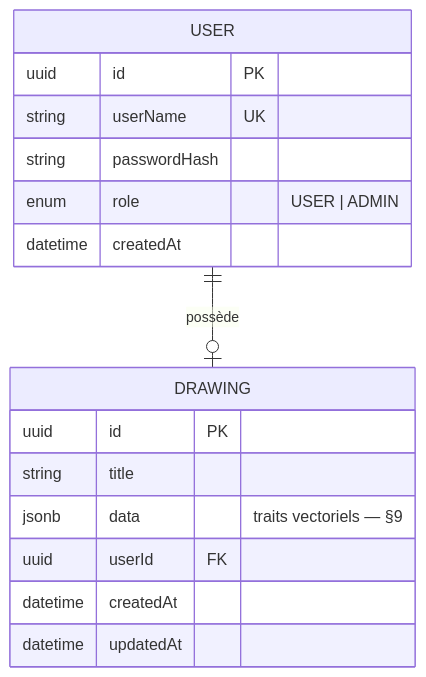
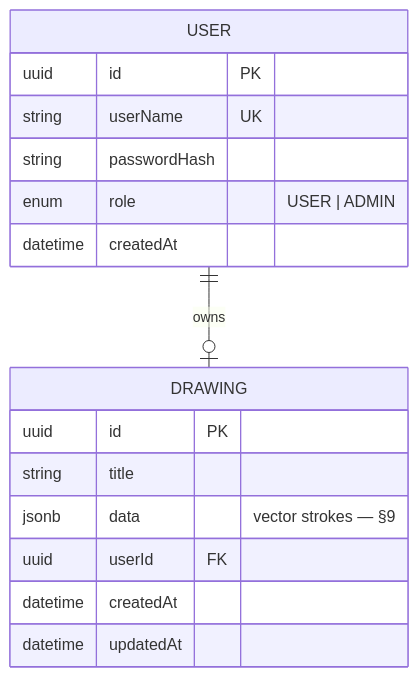
One commit to quentinplet/SonicLight-test-technique changed the third of 4 diagrams in context/project-overview.md. Above: the diagram before and after it, drawn with Mermaid. The commit also changed other lines of this file and 11 other files, not shown here.

````diff
--- a/context/project-overview.md
+++ b/context/project-overview.md
@@ -579,21 +569,21 @@
 ```mermaid
 erDiagram
-    USER ||--o| DRAWING : "possède"
+    USER ||--o| DRAWING : "owns"
 
     USER {
         uuid id PK
         string userName UK
         string passwordHash
         enum role "USER | ADMIN"
         datetime createdAt
     }
 
     DRAWING {
         uuid id PK
         string title
-        jsonb data "traits vectoriels — §9"
+        jsonb data "vector strokes — §9"
         uuid userId FK
         datetime createdAt
         datetime updatedAt
     }
 ```
````
